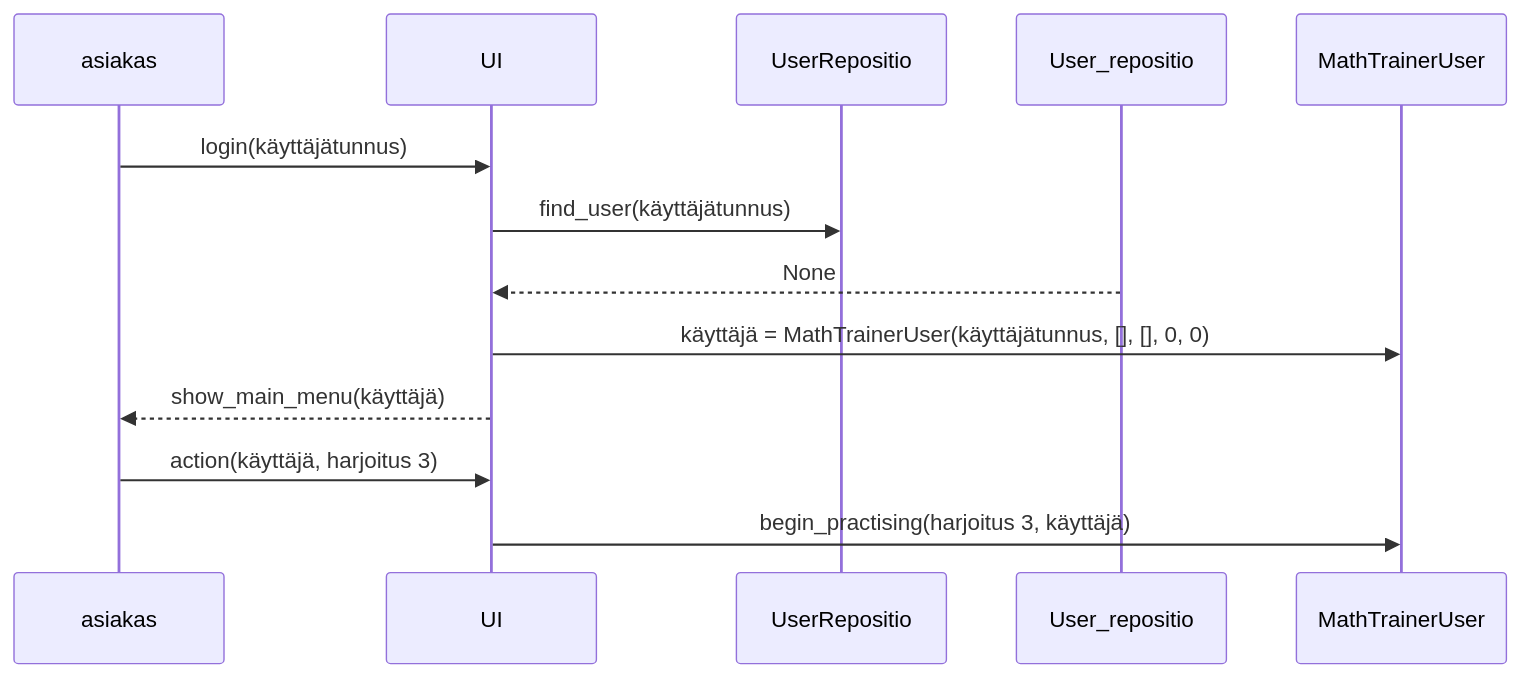
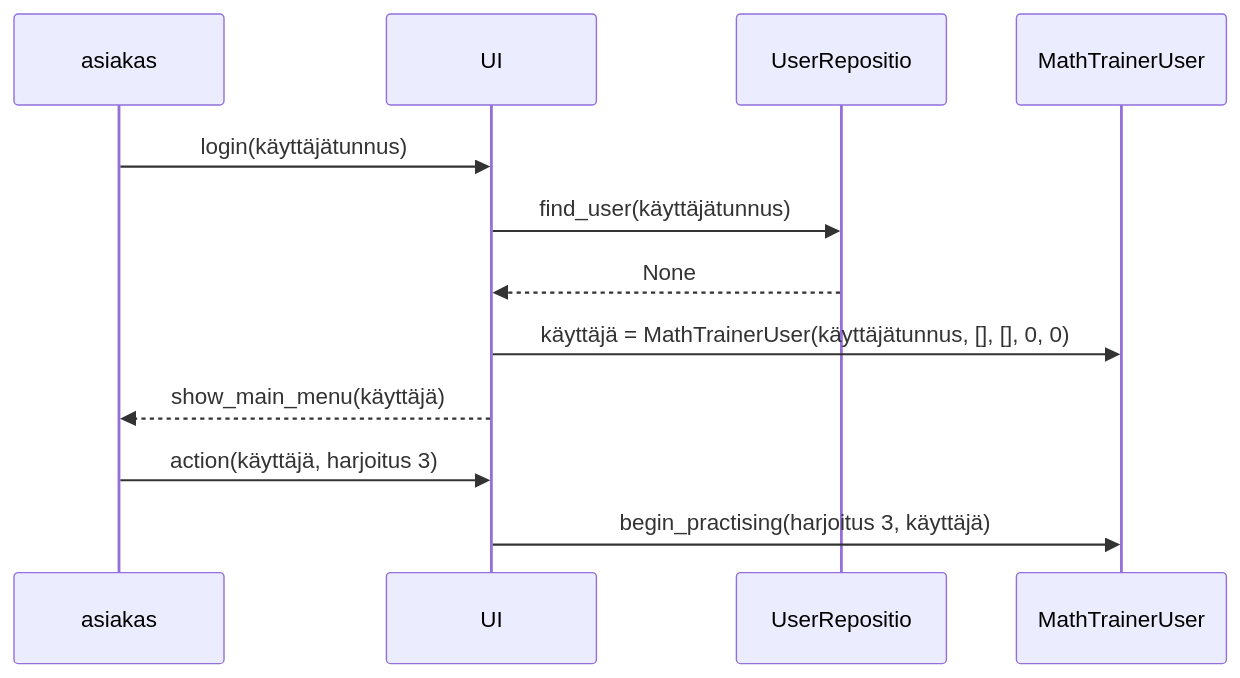
The second of 4 diagrams in mathtrainer/dokumentaatio/arkkitehtuuri.md (arskav/ot-harjoitustyo), drawn with Mermaid before and after one commit.

````diff
--- a/mathtrainer/dokumentaatio/arkkitehtuuri.md
+++ b/mathtrainer/dokumentaatio/arkkitehtuuri.md
@@ -158,12 +158,12 @@
 ```mermaid
     sequenceDiagram
     participant asiakas
     participant UI
     asiakas ->> UI: login(käyttäjätunnus)    
     UI ->> UserRepositio: find_user(käyttäjätunnus)
-    User_repositio -->> UI: None
+    UserRepositio -->> UI: None
     UI ->> MathTrainerUser: käyttäjä = MathTrainerUser(käyttäjätunnus, [], [], 0, 0)
     UI -->> asiakas: show_main_menu(käyttäjä)
     asiakas ->> UI: action(käyttäjä, harjoitus 3)
     UI ->> MathTrainerUser: begin_practising(harjoitus 3, käyttäjä)
 ```
````
